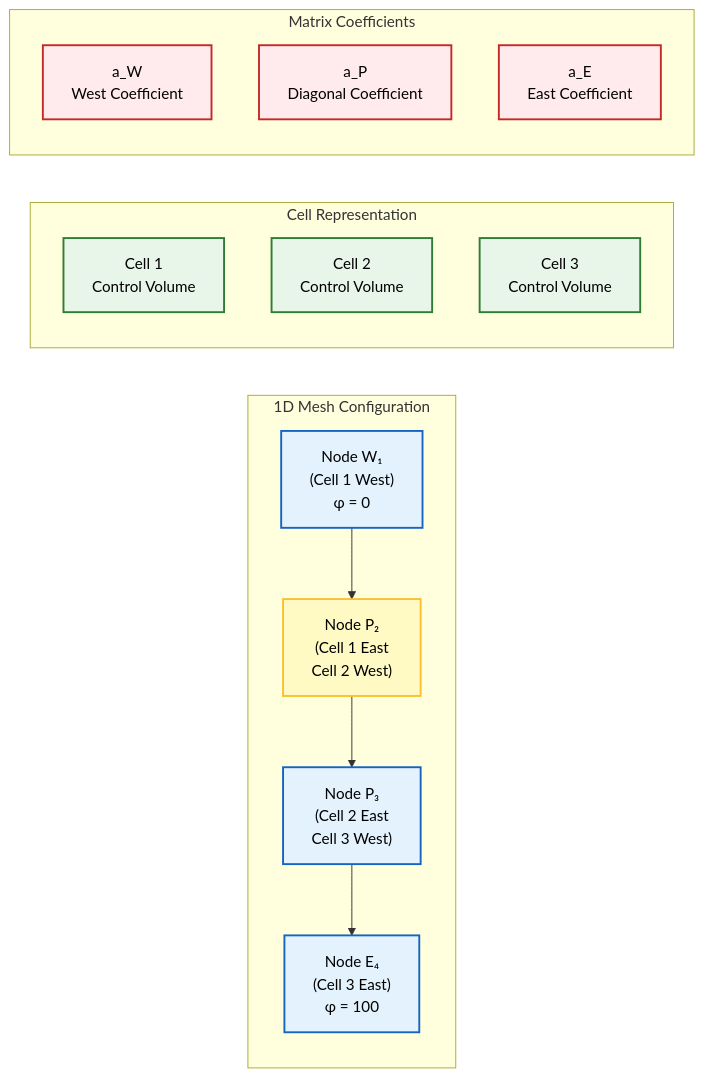
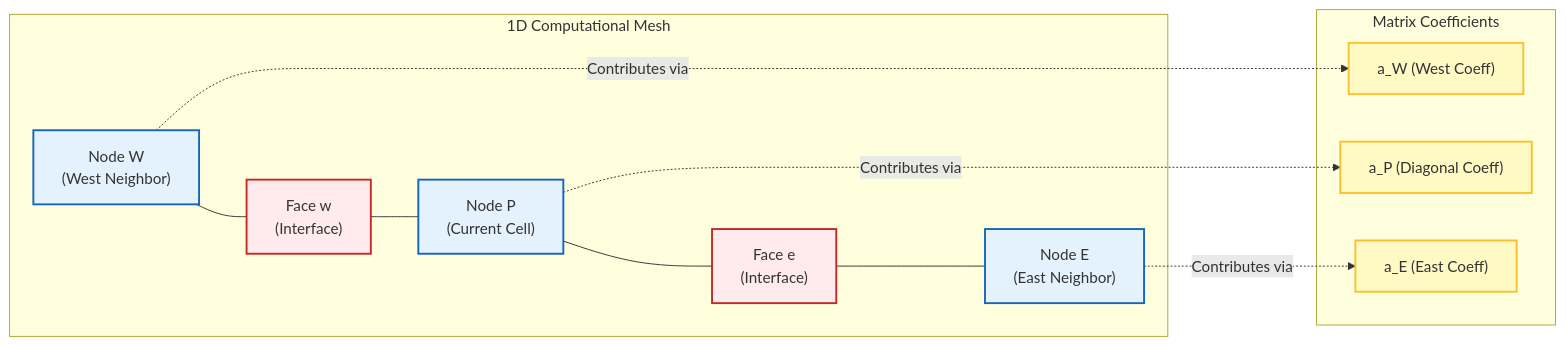
The first of 2 diagrams in MODULE_01_CFD_FUNDAMENTALS/CONTENT/02_FINITE_VOLUME_METHOD/08_Exercises.md (wramet/build-my-cfd), drawn with Mermaid before and after one commit. The commit also changed other lines of this file and 313 other files, not shown here.

Commit message:
Revise all diagram

````diff
--- a/MODULE_01_CFD_FUNDAMENTALS/CONTENT/02_FINITE_VOLUME_METHOD/08_Exercises.md
+++ b/MODULE_01_CFD_FUNDAMENTALS/CONTENT/02_FINITE_VOLUME_METHOD/08_Exercises.md
@@ -26,31 +26,26 @@
 ```mermaid
 graph LR
-    subgraph "1D Mesh Configuration"
-        W1["Node W₁<br/>(Cell 1 West)<br/>φ = 0"] --> P2["Node P₂<br/>(Cell 1 East<br/>Cell 2 West)"]
-        P2 --> P3["Node P₃<br/>(Cell 2 East<br/>Cell 3 West)"]
-        P3 --> E4["Node E₄<br/>(Cell 3 East)<br/>φ = 100"]
-    end
+classDef implicit fill:#e3f2fd,stroke:#1565c0,stroke-width:2px;
+classDef explicit fill:#ffebee,stroke:#c62828,stroke-width:2px;
+classDef context fill:#fff9c4,stroke:#fbc02d,stroke-width:2px;
 
-    subgraph "Cell Representation"
-        C1["Cell 1<br/>Control Volume"]
-        C2["Cell 2<br/>Control Volume"]
-        C3["Cell 3<br/>Control Volume"]
-    end
+subgraph Mesh["1D Computational Mesh"]
+    N_W["Node W<br/>(West Neighbor)"]:::implicit
+    Face_w["Face w<br/>(Interface)"]:::explicit
+    N_P["Node P<br/>(Current Cell)"]:::implicit
+    Face_e["Face e<br/>(Interface)"]:::explicit
+    N_E["Node E<br/>(East Neighbor)"]:::implicit
+end
 
-    subgraph "Matrix Coefficients"
-        AW["a_W<br/>West Coefficient"]
-        AP["a_P<br/>Diagonal Coefficient"]
-        AE["a_E<br/>East Coefficient"]
-    end
+subgraph Coefficients["Matrix Coefficients"]
+    aW["a_W (West Coeff)"]:::context
+    aP["a_P (Diagonal Coeff)"]:::context
+    aE["a_E (East Coeff)"]:::context
+end
 
-    %% Styling Definitions
-    classDef process fill:#e3f2fd,stroke:#1565c0,stroke-width:2px,color:#000;
-    classDef decision fill:#fff9c4,stroke:#fbc02d,stroke-width:2px,color:#000;
-    classDef terminator fill:#ffebee,stroke:#c62828,stroke-width:2px,color:#000;
-    classDef storage fill:#e8f5e9,stroke:#2e7d32,stroke-width:2px,color:#000;
+N_W -.->|Contributes via| aW
+N_P -.->|Contributes via| aP
+N_E -.->|Contributes via| aE
 
-    class W1,P3,E4 process;
-    class P2 decision;
-    class C1,C2,C3 storage;
-    class AW,AP,AE terminator;
+N_W --- Face_w --- N_P --- Face_e --- N_E
 ```
````
